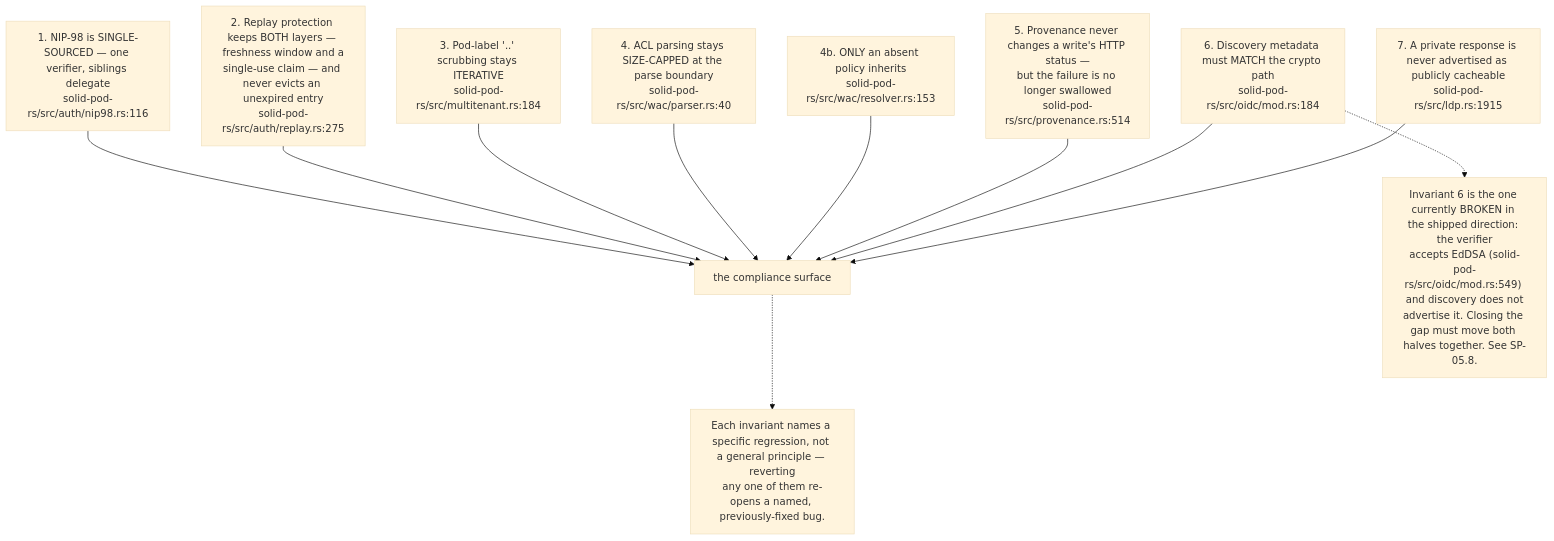
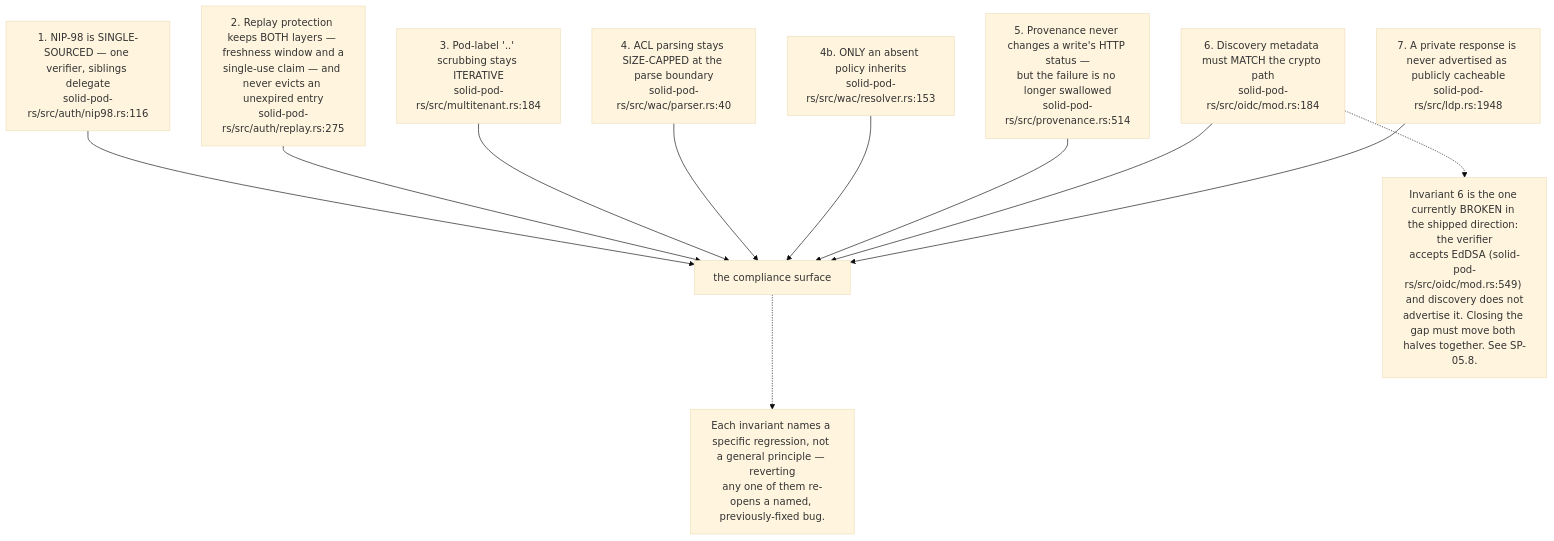
The first of 12 diagrams in docs/diagrams/solid-pod-rs/10-failure-modes-and-invariants.md (DreamLab-AI/VisionFlow), drawn with Mermaid (base theme) before and after one commit. The commit also changed other lines of this file and 160 other files, not shown here.

````diff
--- a/docs/diagrams/solid-pod-rs/10-failure-modes-and-invariants.md
+++ b/docs/diagrams/solid-pod-rs/10-failure-modes-and-invariants.md
@@ -43,25 +45,25 @@
 ```mermaid
 flowchart TD
     I1["1. NIP-98 is SINGLE-SOURCED — one verifier, siblings delegate<br/>solid-pod-rs/src/auth/nip98.rs:116"]
     I2["2. Replay protection keeps BOTH layers — freshness window and a<br/>single-use claim — and never evicts an unexpired entry<br/>solid-pod-rs/src/auth/replay.rs:275"]
     I3["3. Pod-label '..' scrubbing stays ITERATIVE<br/>solid-pod-rs/src/multitenant.rs:184"]
     I4["4. ACL parsing stays SIZE-CAPPED at the parse boundary<br/>solid-pod-rs/src/wac/parser.rs:40"]
     I4b["4b. ONLY an absent policy inherits<br/>solid-pod-rs/src/wac/resolver.rs:153"]
     I5["5. Provenance never changes a write's HTTP status —<br/>but the failure is no longer swallowed<br/>solid-pod-rs/src/provenance.rs:514"]
     I6["6. Discovery metadata must MATCH the crypto path<br/>solid-pod-rs/src/oidc/mod.rs:184"]
-    I7["7. A private response is never advertised as publicly cacheable<br/>solid-pod-rs/src/ldp.rs:1915"]
+    I7["7. A private response is never advertised as publicly cacheable<br/>solid-pod-rs/src/ldp.rs:1948"]
 
     I1 --> SUR["the compliance surface"]
     I2 --> SUR
     I3 --> SUR
     I4 --> SUR
     I4b --> SUR
     I5 --> SUR
     I6 --> SUR
     I7 --> SUR
 
     N["Invariant 6 is the one currently BROKEN in the shipped direction: the verifier<br/>accepts EdDSA (solid-pod-rs/src/oidc/mod.rs:549) and discovery does not<br/>advertise it. Closing the gap must move both halves together. See SP-05.8."]
     I6 -.-> N
     N2["Each invariant names a specific regression, not a general principle — reverting<br/>any one of them re-opens a named, previously-fixed bug."]
     SUR -.-> N2
 ```
````
